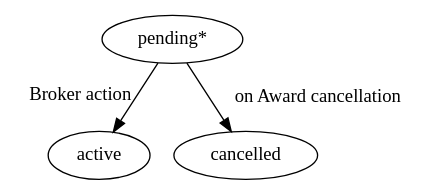
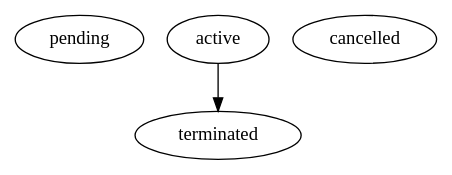
One commit to ProzorroUKR/openprocurement.api changed the diagram in docs/source/standard/contract.rst. Above: the diagram before and after it, drawn with Graphviz. The commit also changed other lines of this file, not shown here.

Commit message:
fixed workflow graph

```diff
--- a/docs/source/standard/contract.rst
+++ b/docs/source/standard/contract.rst
@@ -96,12 +96,9 @@
 .. graphviz::
 
     digraph G {
-        A [ label="pending*" ]
+        A [ label="pending" ]
         B [ label="active"]
         C [ label="cancelled"]
-         A -> B [ headlabel="Broker action"
-                  labeldistance=3.7;
-                  labelangle=75;
-         ];
-         A -> C [label="on Award cancellation"];
+        D [ label="terminated"]
+         B -> D;
     }
```
